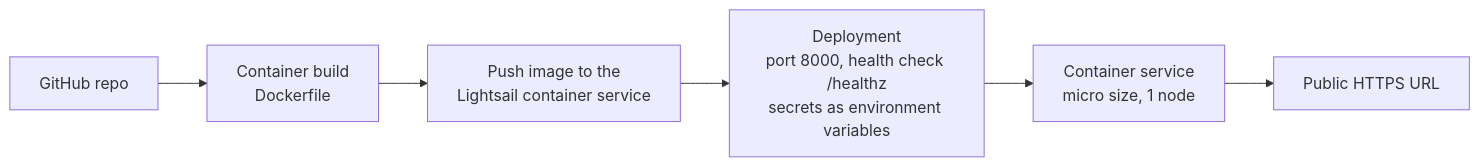
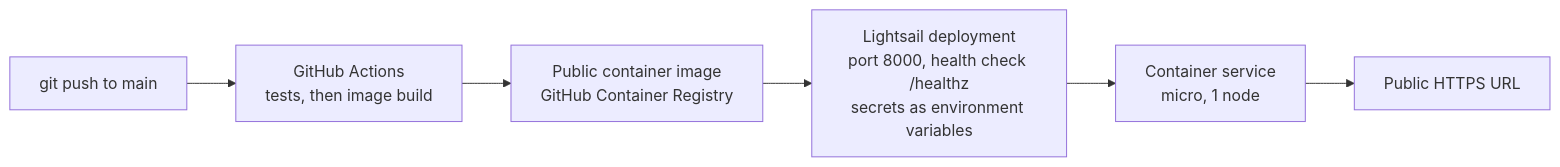
One commit to AaronNHorvitz/TickerAgent changed the fifth of 5 diagrams in docs/ARCHITECTURE.md. Above: the diagram before and after it, drawn with Mermaid. The commit also changed other lines of this file and 4 other files, not shown here.

First line of the commit message:
Plan Nasdaq data, Claude API chat and Lightsail deploy

````diff
--- a/docs/ARCHITECTURE.md
+++ b/docs/ARCHITECTURE.md
@@ -128,8 +142,8 @@
 ```mermaid
 flowchart LR
-    repo["GitHub repo"] --> build["Container build<br/>Dockerfile"]
-    build --> push["Push image to the<br/>Lightsail container service"]
-    push --> deploy["Deployment<br/>port 8000, health check /healthz<br/>secrets as environment variables"]
-    deploy --> svc["Container service<br/>micro size, 1 node"]
+    push["git push to main"] --> ci["GitHub Actions<br/>tests, then image build"]
+    ci --> reg["Public container image<br/>GitHub Container Registry"]
+    reg --> deploy["Lightsail deployment<br/>port 8000, health check /healthz<br/>secrets as environment variables"]
+    deploy --> svc["Container service<br/>micro, 1 node"]
     svc --> url["Public HTTPS URL"]
 ```
````
